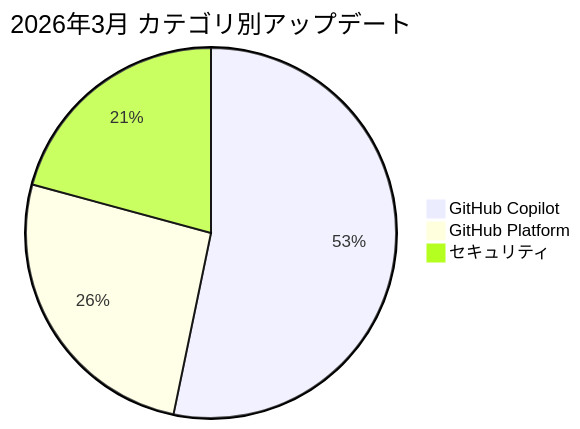
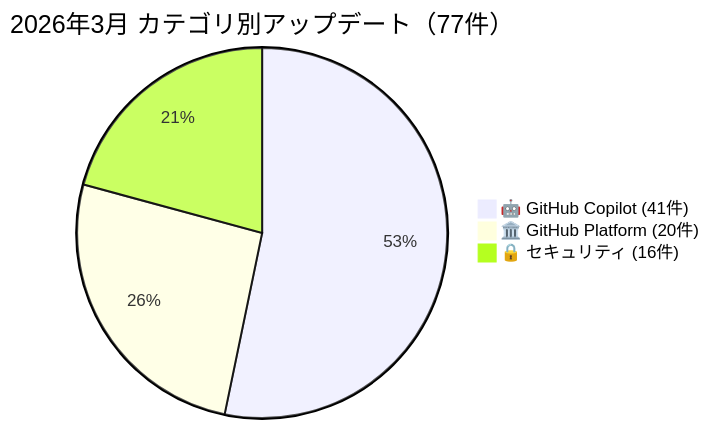
Before and after one commit to shinyay/doc-to-zenn: the first of 2 diagrams in articles/github-changelog-2026-03-summary.md, drawn with Mermaid. The commit also changed other lines of this file, not shown here.

Commit message:
chore: sync GitHub Changelog from gh-changelog-zenn (2026-04-01)

````diff
--- a/articles/github-changelog-2026-03-summary.md
+++ b/articles/github-changelog-2026-03-summary.md
@@ -13,6 +13,6 @@
 ```mermaid
-pie title 2026年3月 カテゴリ別アップデート
-  "GitHub Copilot" : 41
-  "GitHub Platform" : 20
-  "セキュリティ" : 16
+pie title 2026年3月 カテゴリ別アップデート（77件）
+  "🤖 GitHub Copilot (41件)" : 41
+  "🏛️ GitHub Platform (20件)" : 20
+  "🔒 セキュリティ (16件)" : 16
 ```
````
